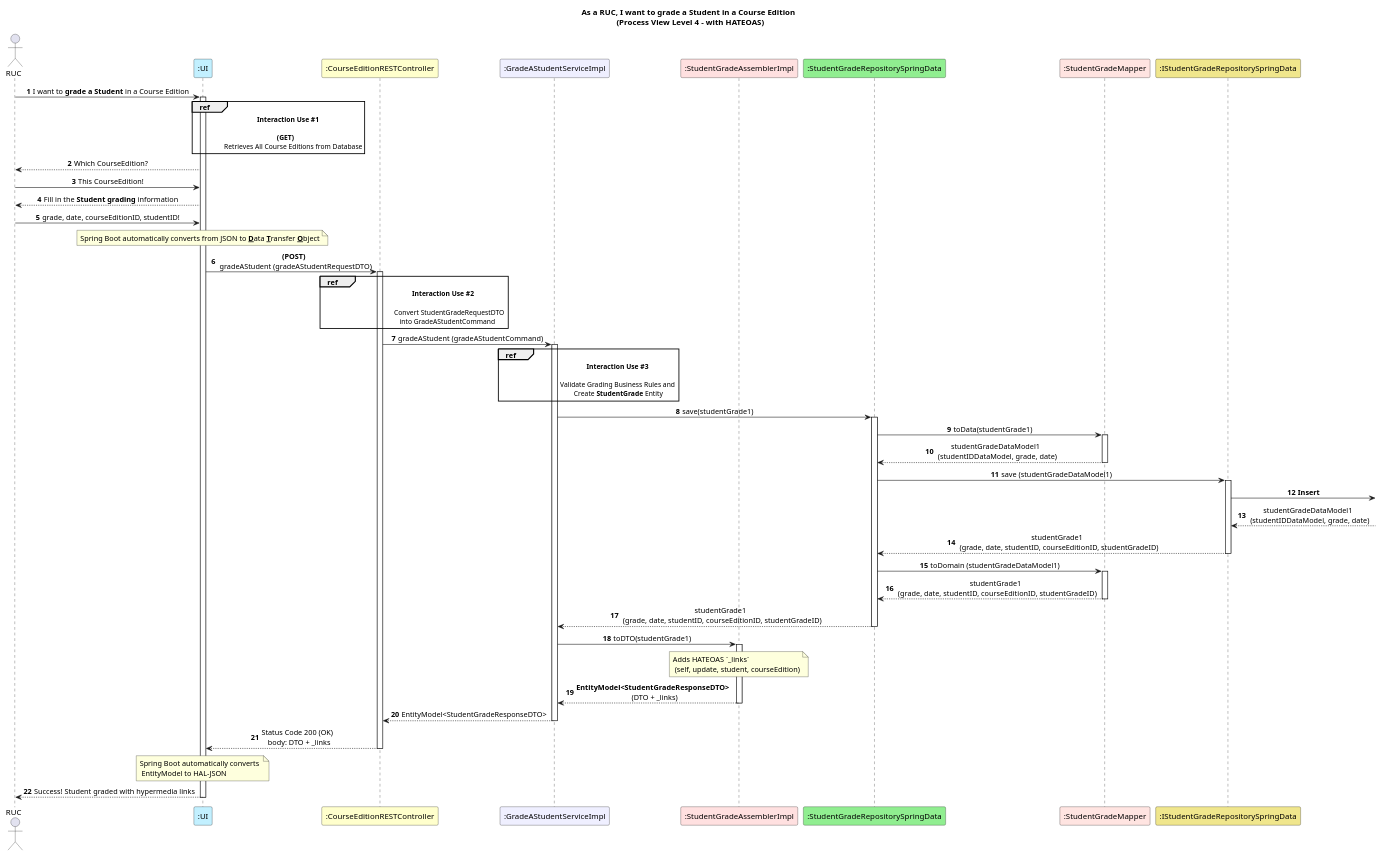
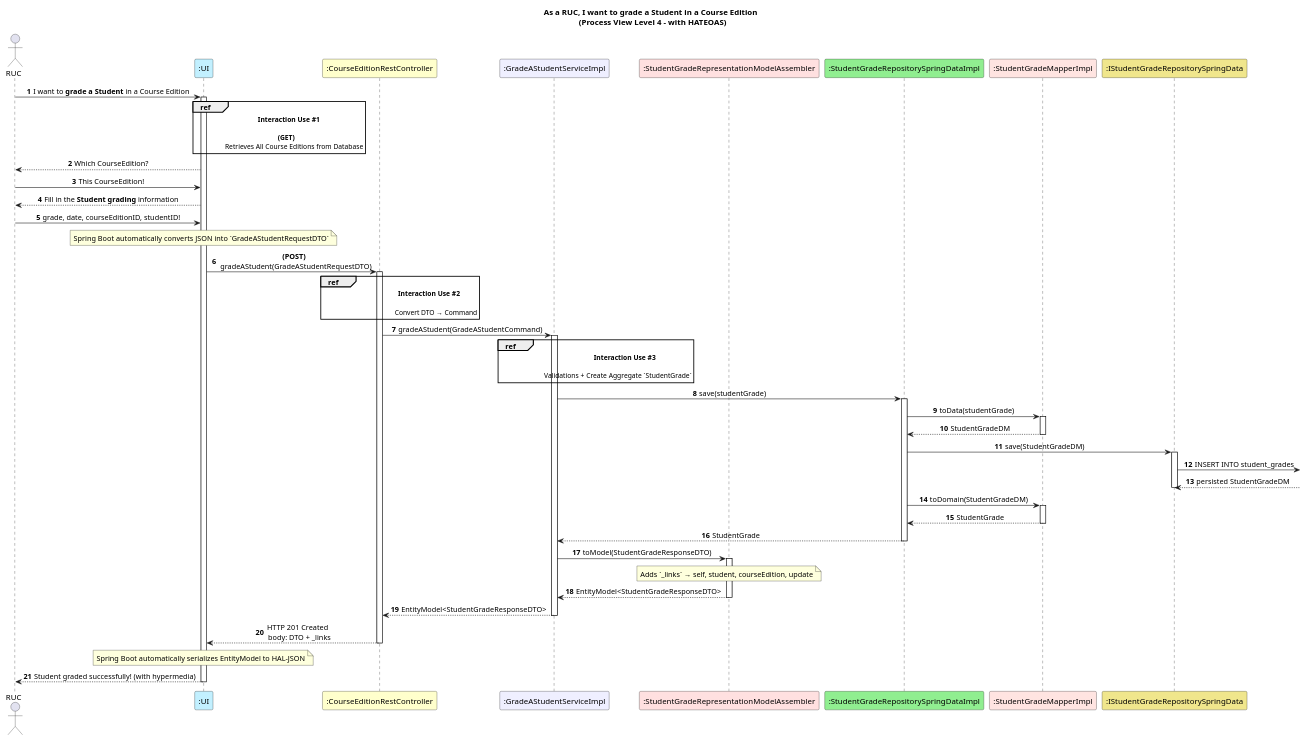
Before and after one commit to GasparISEP/DevOps-PAI: the diagram in docs/US22/Sprint7/ScenarioView/Level4.puml, drawn with PlantUML.

Commit message:
Implement HATEOAS for Grade a Student in a Course Edition - update Scenario View Level 4 diagram (Issue #685)

```diff
--- a/docs/US22/Sprint7/ScenarioView/Level4.puml
+++ b/docs/US22/Sprint7/ScenarioView/Level4.puml
@@ -1,80 +1,76 @@
 @startuml
-
 title As a RUC, I want to grade a Student in a Course Edition \n (Process View Level 4 – with HATEOAS)
 skinparam sequencemessagealign center
 autonumber
 
 actor RUC
 participant ":UI" as ui #application
-participant ":CourseEditionRESTController" as ctrlrREST #business
+participant ":CourseEditionRestController" as ctrlrREST #business
 participant ":GradeAStudentServiceImpl" as service #motivation
-participant ":StudentGradeAssemblerImpl" as assembler #implementation
-participant ":StudentGradeRepositorySpringData" as sgr #lightgreen
-participant ":StudentGradeMapper" as sgmp #mistyrose
-participant ":IStudentGradeRepositorySpringData" as IStudentGradeRepoSpringData #khaki
+participant ":StudentGradeRepresentationModelAssembler" as assembler #implementation
+participant ":StudentGradeRepositorySpringDataImpl" as sgr #lightgreen
+participant ":StudentGradeMapperImpl" as sgmp #mistyrose
+participant ":IStudentGradeRepositorySpringData" as repoSpringData #khaki
 
 RUC -> ui : I want to **grade a Student** in a Course Edition
 activate ui
 
 ref over ui : \t    **Interaction Use #1** \n \n \t **(GET)** \n \t \t Retrieves All Course Editions from Database
 
 ui --> RUC : Which CourseEdition?
 RUC -> ui : This CourseEdition!
 
 ui --> RUC : Fill in the **Student grading** information
 RUC -> ui : grade, date, courseEditionID, studentID!
 
-note over ui : Spring Boot automatically converts from JSON to **__D__**ata **__T__**ransfer **__O__**bject
+note over ui : Spring Boot automatically converts JSON into `GradeAStudentRequestDTO`
 
-ui -> ctrlrREST : **(POST)** \n gradeAStudent (gradeAStudentRequestDTO)
+ui -> ctrlrREST : **(POST)** \n gradeAStudent(GradeAStudentRequestDTO)
 activate ctrlrREST
 
-ref over ctrlrREST : \t \t \t \t  **Interaction Use #2** \n \n \t \t \t \t \t Convert StudentGradeRequestDTO \n \t \t \t \t      into GradeAStudentCommand
+ref over ctrlrREST : \t \t \t \t  **Interaction Use #2** \n \n \t \t \t \t \t Convert DTO → Command
 
-ctrlrREST -> service : gradeAStudent (gradeAStudentCommand)
+ctrlrREST -> service : gradeAStudent(GradeAStudentCommand)
 activate service
 
-ref over service : \t \t \t \t  **Interaction Use #3** \n \n \t \t \t          Validate Grading Business Rules and \n \t \t \t \t  Create **StudentGrade** Entity
+ref over service : \t \t \t \t  **Interaction Use #3** \n \n \t \t \t Validations + Create Aggregate `StudentGrade`
 
-service -> sgr : save(studentGrade1)
+service -> sgr : save(studentGrade)
 activate sgr
 
-sgr -> sgmp : toData(studentGrade1)
+sgr -> sgmp : toData(studentGrade)
 activate sgmp
-sgmp --> sgr : studentGradeDataModel1 \n (studentIDDataModel, grade, date)
+sgmp --> sgr : StudentGradeDM
 deactivate sgmp
 
-sgr -> IStudentGradeRepoSpringData : save (studentGradeDataModel1)
-activate IStudentGradeRepoSpringData
-IStudentGradeRepoSpringData -> : **Insert**
-IStudentGradeRepoSpringData <-- : studentGradeDataModel1 \n (studentIDDataModel, grade, date)
-IStudentGradeRepoSpringData --> sgr : studentGrade1 \n (grade, date, studentID, courseEditionID, studentGradeID)
-deactivate IStudentGradeRepoSpringData
+sgr -> repoSpringData : save(StudentGradeDM)
+activate repoSpringData
+repoSpringData -> : INSERT INTO student_grades
+repoSpringData <-- : persisted StudentGradeDM
+deactivate repoSpringData
 
-sgr -> sgmp : toDomain (studentGradeDataModel1)
+sgr -> sgmp : toDomain(StudentGradeDM)
 activate sgmp
-sgmp --> sgr : studentGrade1 \n (grade, date, studentID, courseEditionID, studentGradeID)
+sgmp --> sgr : StudentGrade
 deactivate sgmp
 
-sgr --> service -- : studentGrade1 \n (grade, date, studentID, courseEditionID, studentGradeID)
+sgr --> service : StudentGrade
+deactivate sgr
 
-service -> assembler : toDTO(studentGrade1)
+service -> assembler : toModel(StudentGradeResponseDTO)
 activate assembler
-
-note over assembler : Adds HATEOAS `_links` \n (self, update, student, courseEdition)
-
-assembler --> service : **EntityModel<StudentGradeResponseDTO>** \n (DTO + _links)
+note over assembler : Adds `_links` → self, student, courseEdition, update
+assembler --> service : EntityModel<StudentGradeResponseDTO>
 deactivate assembler
 
 service --> ctrlrREST : EntityModel<StudentGradeResponseDTO>
 deactivate service
 
-ctrlrREST --> ui -- : Status Code 200 (OK) \n body: DTO + _links
+ctrlrREST --> ui : HTTP 201 Created \n body: DTO + _links
 deactivate ctrlrREST
 
-note over ui : Spring Boot automatically converts \n EntityModel to HAL-JSON
+note over ui : Spring Boot automatically serializes EntityModel to HAL-JSON
 
-ui --> RUC : Success! Student graded with hypermedia links
+ui --> RUC : Student graded successfully! (with hypermedia)
 deactivate ui
-
 @enduml
```
